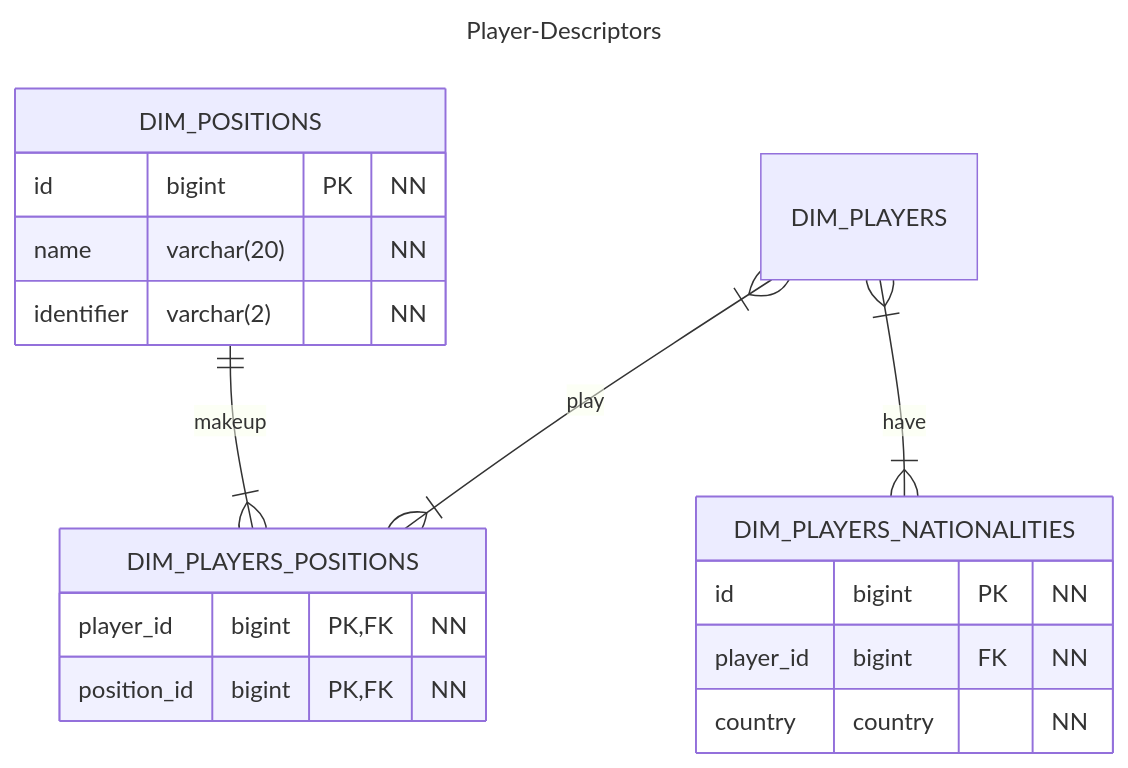
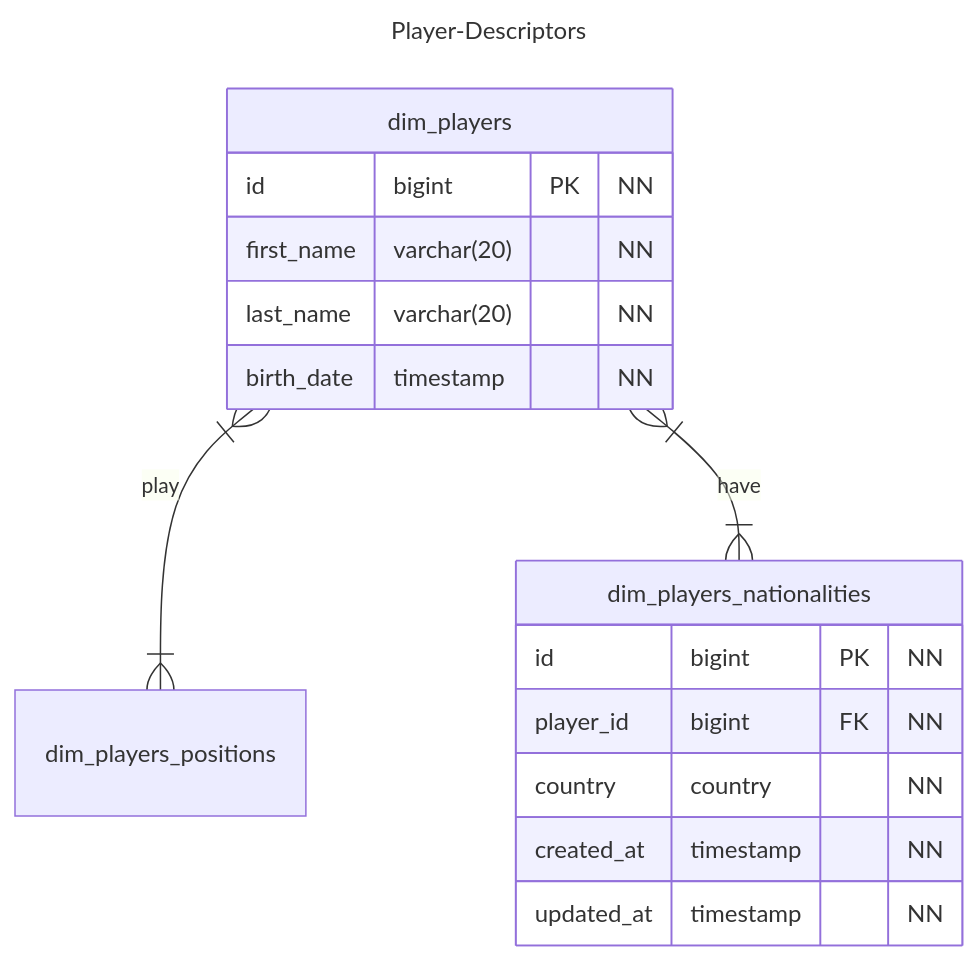
Before and after one commit to SwolenOstrich430/basketball-stats: the diagram in docs/database/erd/players/players-desciptors.mmd, drawn with Mermaid. The commit also changed 3 other files, not shown here.

```diff
--- a/docs/database/erd/players/players-desciptors.mmd
+++ b/docs/database/erd/players/players-desciptors.mmd
@@ -1,25 +1,29 @@
 ---
 title: Player-Descriptors
 ---
 
 erDiagram
-    DIM_PLAYERS }|--|{ DIM_PLAYERS_POSITIONS : play
-    DIM_POSITIONS ||--|{ DIM_PLAYERS_POSITIONS : makeup
-    DIM_PLAYERS }|--|{ DIM_PLAYERS_NATIONALITIES : have
+    dim_players }|--|{ dim_players_positions : play
+    dim_players }|--|{ dim_players_nationalities : have
 
-    DIM_PLAYERS_NATIONALITIES {
+    dim_players {
+        id bigint PK "NN"
+        first_name varchar(20) "NN"
+        last_name varchar(20) "NN" 
+        birth_date timestamp "NN"
+    }
+    
+    dim_players_nationalities {
         id bigint PK "NN" 
         player_id bigint FK "NN" 
         country country "NN"
+        created_at timestamp "NN"
+        updated_at timestamp "NN"
     }
 
-    DIM_PLAYERS_POSITIONS {
-        player_id bigint PK, FK "NN" 
-        position_id bigint PK, FK "NN"
-    }
-
-    DIM_POSITIONS {
-        id bigint PK "NN" 
-        name varchar(20) "NN" 
-        identifier varchar(2) "NN"
-    }
+    %% TODO: MOVE THIS TO ROSTER 
+    %% dim_players_positions {
+    %%     player_id bigint PK, FK "NN" 
+    %%     position_id bigint PK, FK "NN"
+    %%     season_id bigint PK, FK "NN"
+    %% }
```
